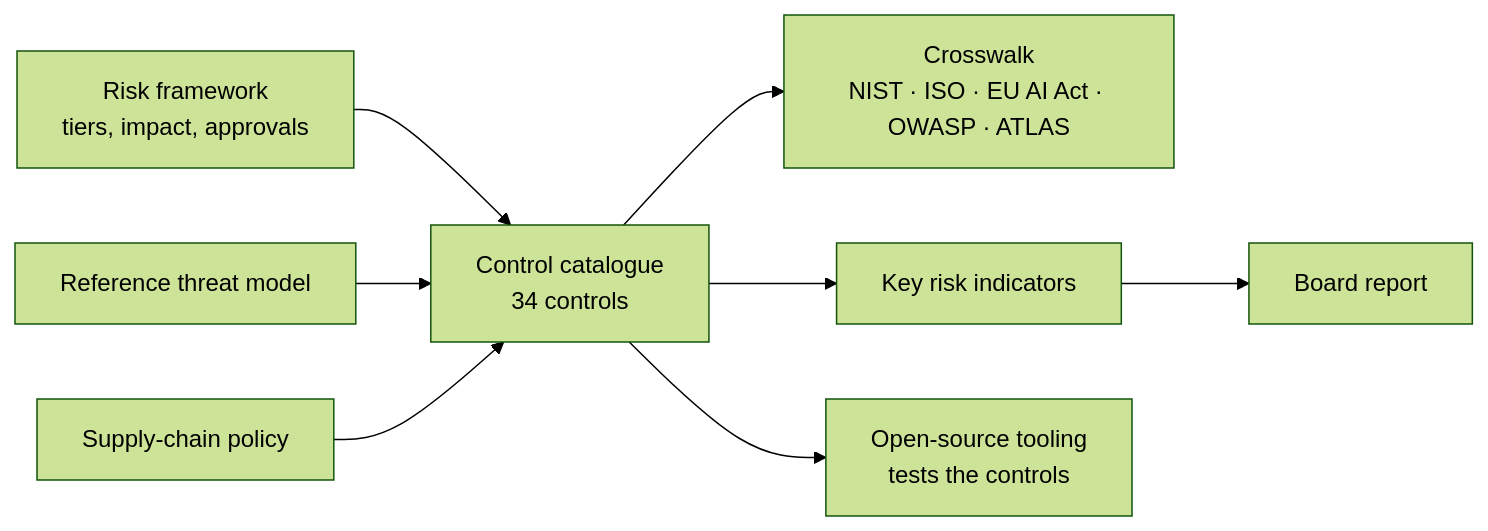
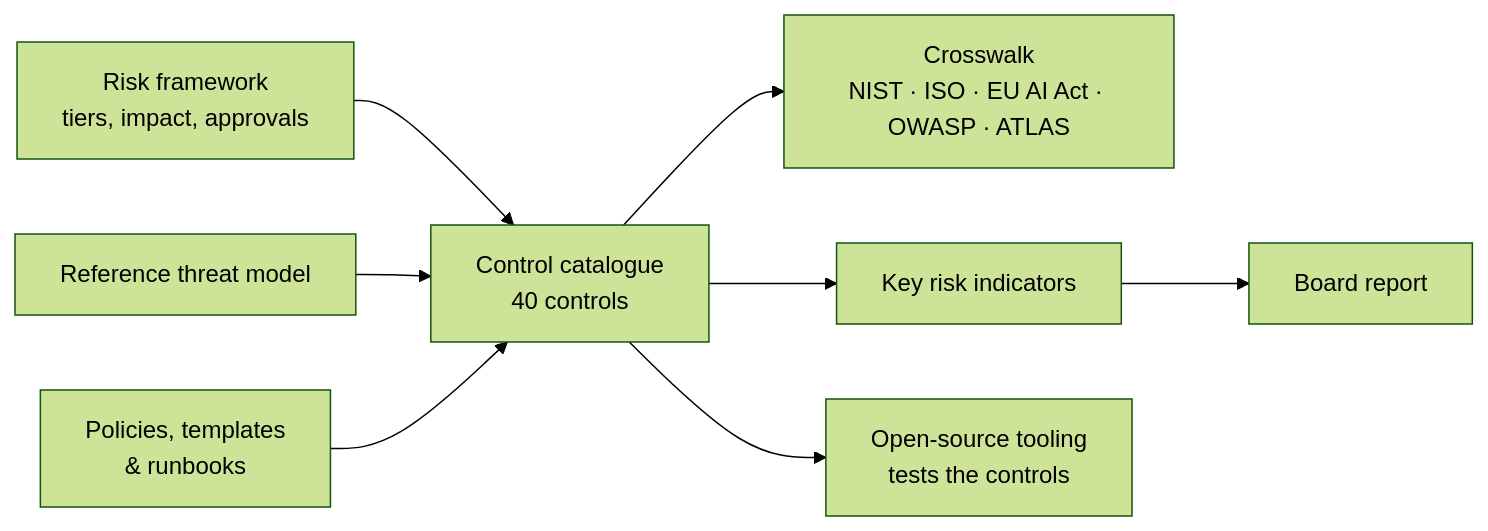
Before and after one commit to thenayanhazra/ai-security-governance: the diagram in README.md, drawn with Mermaid (forest theme). The commit also changed other lines of this file and 16 other files, not shown here.

Commit message:
Phase 2: add 6 controls, enterprise AI policy, operational templates and IR/kill-switch runbooks

````diff
--- a/README.md
+++ b/README.md
@@ -30,10 +32,10 @@
 ```mermaid
 flowchart LR
-  F["Risk framework<br/>tiers, impact, approvals"] --> C["Control catalogue<br/>34 controls"]
+  F["Risk framework<br/>tiers, impact, approvals"] --> C["Control catalogue<br/>40 controls"]
   C --> X["Crosswalk<br/>NIST · ISO · EU AI Act · OWASP · ATLAS"]
   C --> K["Key risk indicators"]
   K --> B["Board report"]
   T["Reference threat model"] --> C
-  P["Supply-chain policy"] --> C
+  P["Policies, templates<br/>& runbooks"] --> C
   C --> O["Open-source tooling<br/>tests the controls"]
 ```
````
